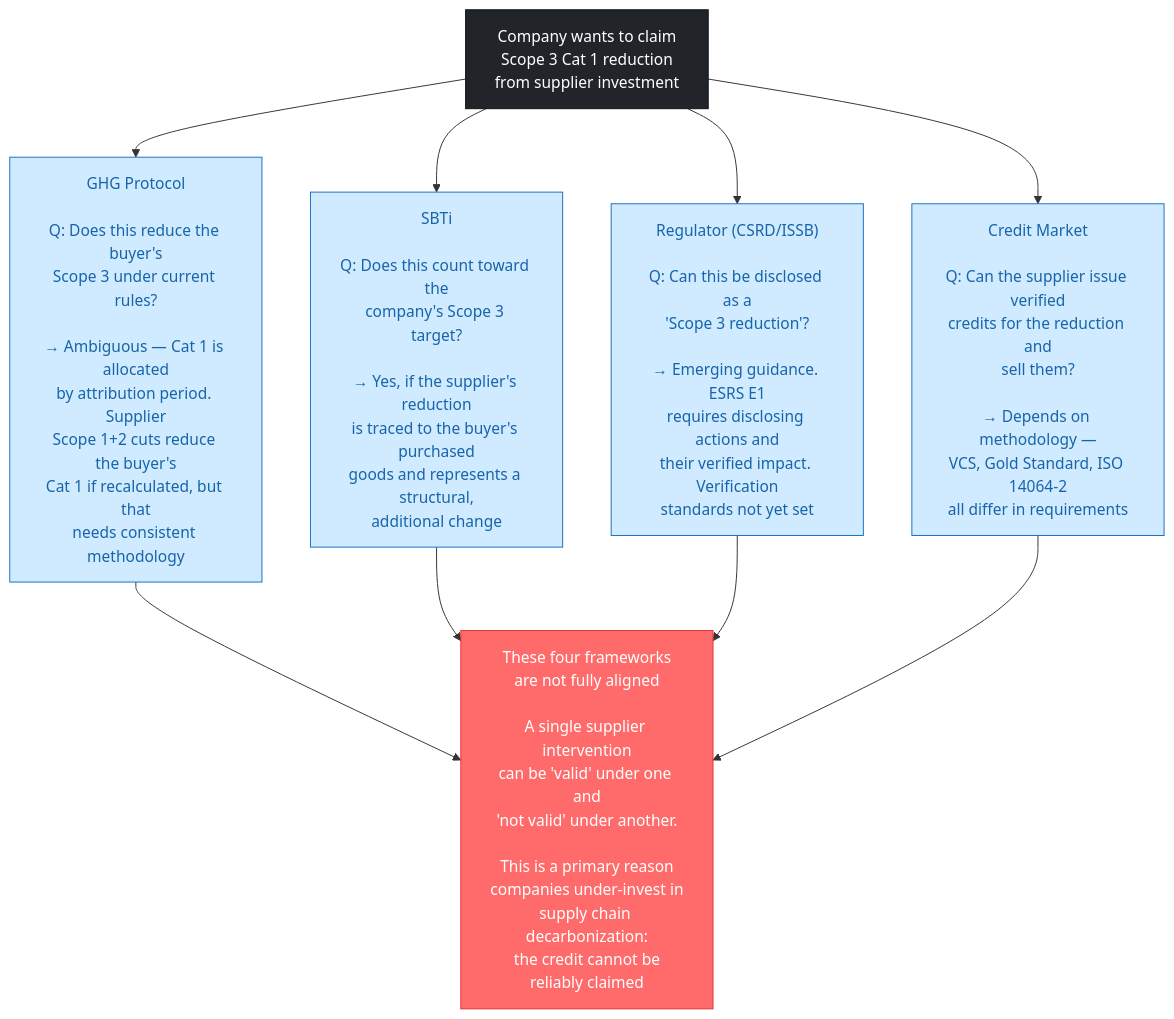
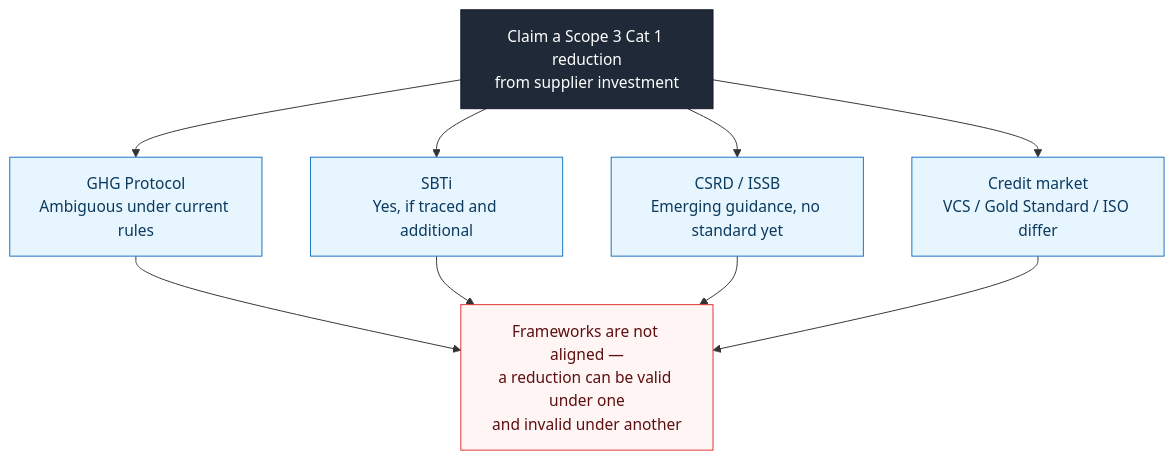
The eighth of 9 diagrams in docs/04_abatement_challenges.md (co3org/Scope3-Challenge), drawn with Mermaid before and after one commit. The commit also changed other lines of this file and 11 other files, not shown here.

First line of the commit message:
Soft diagram palette and trim text-wall node labels

````diff
--- a/docs/04_abatement_challenges.md
+++ b/docs/04_abatement_challenges.md
@@ -298,32 +285,29 @@
 ```mermaid
 flowchart TD
-    classDef dark fill:#212529,stroke:#101113,color:#fff;
-    classDef info fill:#d0ebff,stroke:#1971c2,color:#1864ab;
-    classDef bad fill:#ff6b6b,stroke:#e03131,color:#fff;
+    classDef dark fill:#1f2937,stroke:#111827,color:#fff;
+    classDef info fill:#e7f5ff,stroke:#1971c2,color:#0b3a5e;
+    classDef bad fill:#fff5f5,stroke:#e03131,color:#5c0f0f;
 
-    Q1["Company wants to claim\nScope 3 Cat 1 reduction\nfrom supplier investment"]
+    Q1["Claim a Scope 3 Cat 1 reduction<br/>from supplier investment"]
 
-    G1["GHG Protocol\n\nQ: Does this reduce the buyer's\nScope 3 under current rules?\n\n→ Ambiguous — Cat 1 is allocated\nby attribution period. Supplier\nScope 1+2 cuts reduce the buyer's\nCat 1 if recalculated, but that\nneeds consistent methodology"]
-
-    G2["SBTi\n\nQ: Does this count toward the\ncompany's Scope 3 target?\n\n→ Yes, if the supplier's reduction\nis traced to the buyer's purchased\ngoods and represents a structural,\nadditional change"]
-
-    G3["Regulator (CSRD/ISSB)\n\nQ: Can this be disclosed as a\n'Scope 3 reduction'?\n\n→ Emerging guidance. ESRS E1\nrequires disclosing actions and\ntheir verified impact. Verification\nstandards not yet set"]
-
-    G4["Credit Market\n\nQ: Can the supplier issue verified\ncredits for the reduction and\nsell them?\n\n→ Depends on methodology —\nVCS, Gold Standard, ISO 14064-2\nall differ in requirements"]
+    G1["GHG Protocol<br/>Ambiguous under current rules"]
+    G2["SBTi<br/>Yes, if traced and additional"]
+    G3["CSRD / ISSB<br/>Emerging guidance, no standard yet"]
+    G4["Credit market<br/>VCS / Gold Standard / ISO differ"]
 
     Q1 --> G1
     Q1 --> G2
     Q1 --> G3
     Q1 --> G4
 
-    Result["These four frameworks\nare not fully aligned\n\nA single supplier intervention\ncan be 'valid' under one and\n'not valid' under another.\n\nThis is a primary reason\ncompanies under-invest in\nsupply chain decarbonization:\nthe credit cannot be\nreliably claimed"]
+    Result["Frameworks are not aligned —<br/>a reduction can be valid under one<br/>and invalid under another"]
 
     G1 --> Result
     G2 --> Result
     G3 --> Result
     G4 --> Result
 
     class Q1 dark;
     class G1,G2,G3,G4 info;
     class Result bad;
 ```
````
